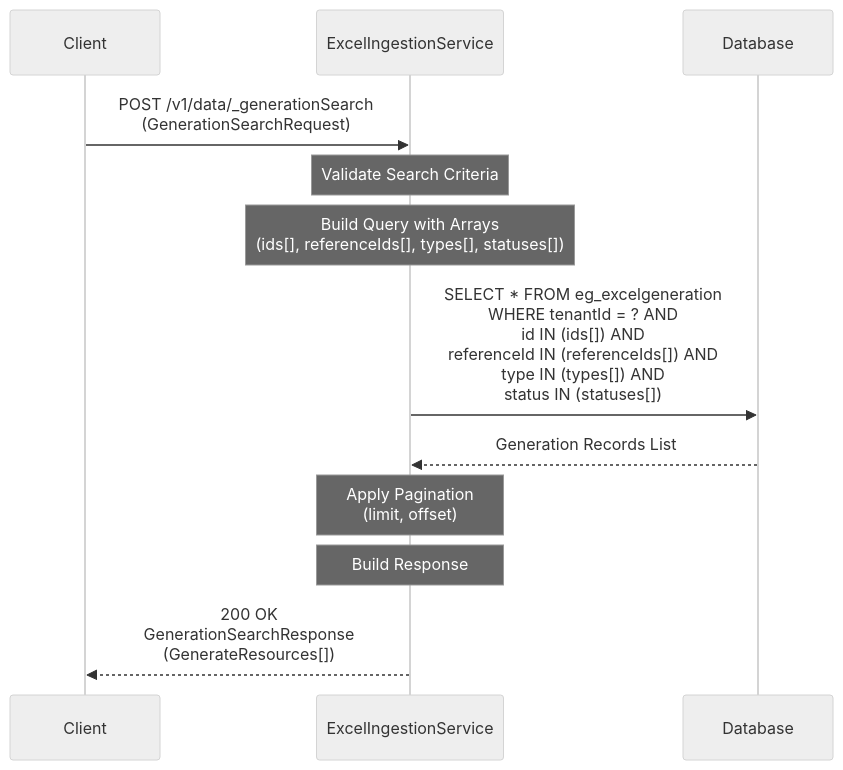
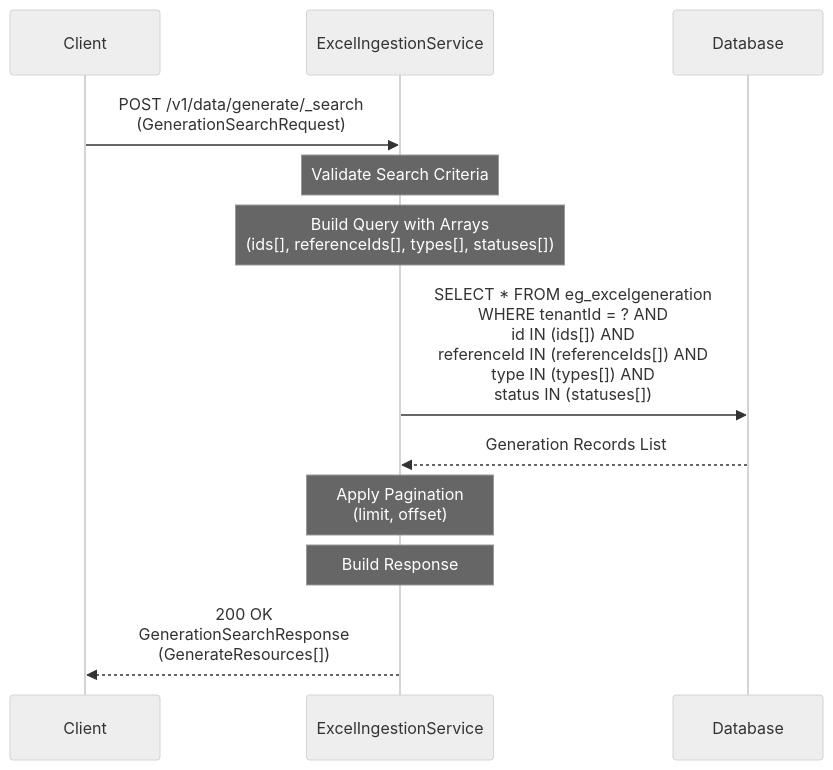
Before and after one commit to egovernments/health-campaign-services: the third of 8 diagrams in health-services/excel-ingestion/README.md, drawn with Mermaid (neutral theme). The commit also changed other lines of this file, not shown here.

Commit message:
update README.md for excel-ingestion

````diff
--- a/health-services/excel-ingestion/README.md
+++ b/health-services/excel-ingestion/README.md
@@ -87,19 +87,19 @@
 ```mermaid
 sequenceDiagram
     participant Client
     participant ExcelIngestionService
     participant Database
     
-    Client->>ExcelIngestionService: POST /v1/data/_generationSearch<br/>(GenerationSearchRequest)
+    Client->>ExcelIngestionService: POST /v1/data/generate/_search<br/>(GenerationSearchRequest)
     
     Note over ExcelIngestionService: Validate Search Criteria
     Note over ExcelIngestionService: Build Query with Arrays<br/>(ids[], referenceIds[], types[], statuses[])
     
     ExcelIngestionService->>Database: SELECT * FROM eg_excelgeneration<br/>WHERE tenantId = ? AND<br/>id IN (ids[]) AND<br/>referenceId IN (referenceIds[]) AND<br/>type IN (types[]) AND<br/>status IN (statuses[])
     Database-->>ExcelIngestionService: Generation Records List
     
     Note over ExcelIngestionService: Apply Pagination<br/>(limit, offset)
     Note over ExcelIngestionService: Build Response
     
     ExcelIngestionService-->>Client: 200 OK<br/>GenerationSearchResponse<br/>(GenerateResources[])
 ```
````
